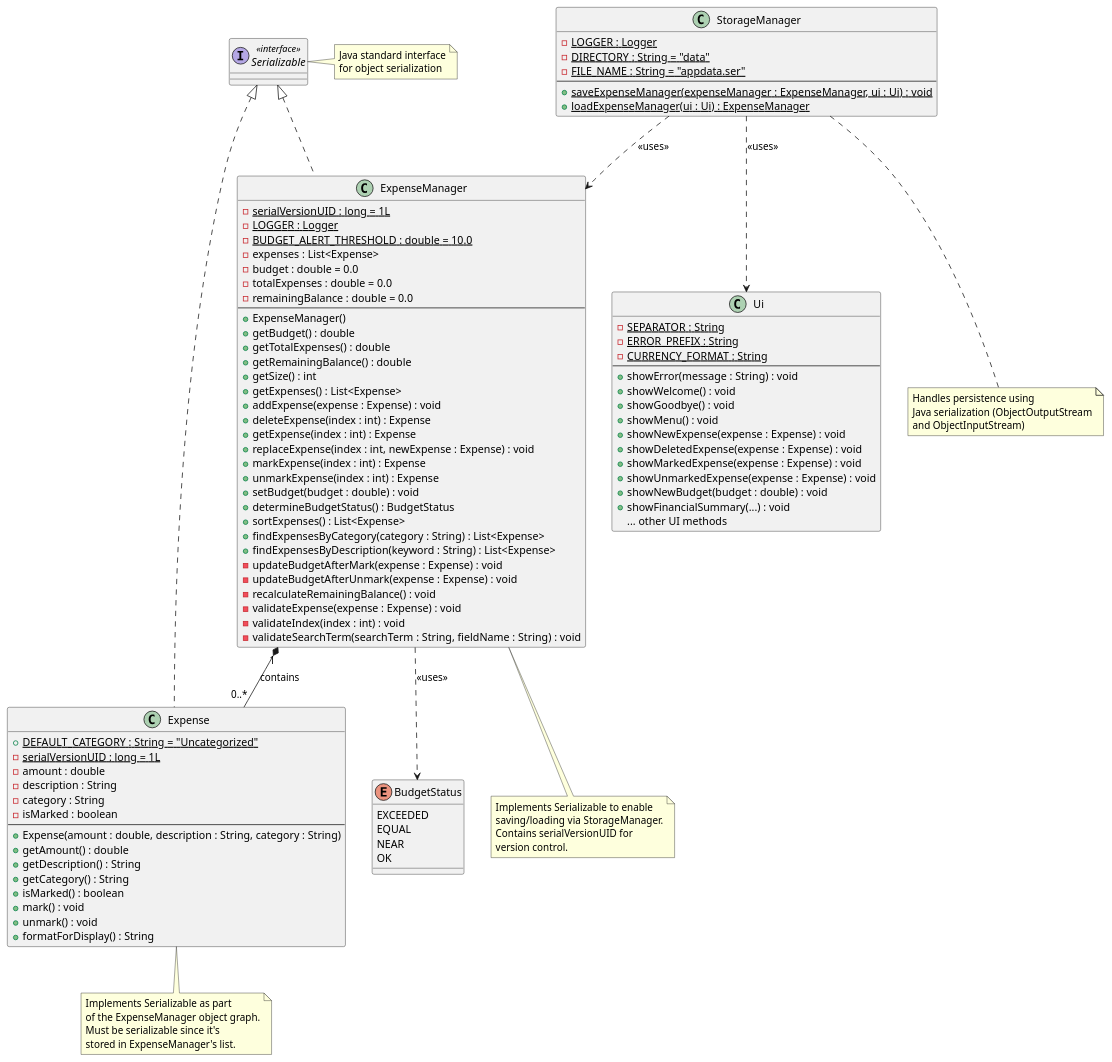
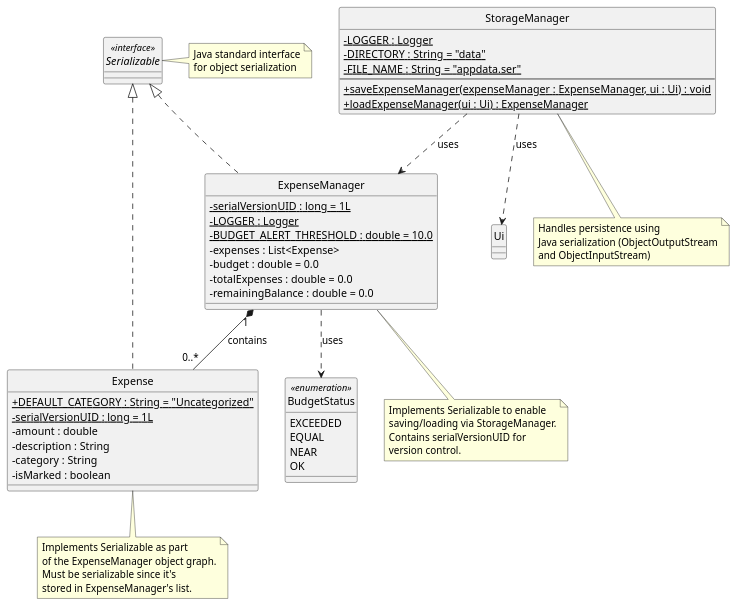
The diagram in docs/diagrams/storage-component-class.puml (aydrienlaw/tp), drawn with PlantUML before and after one commit.

Commit message:
docs: simplify storage-component-class.puml

```diff
--- a/docs/diagrams/storage-component-class.puml
+++ b/docs/diagrams/storage-component-class.puml
@@ -1,122 +1,76 @@
 @startuml
+hide circle
+skinparam classAttributeIconSize 0
 
 interface Serializable <<interface>> {
 }
 
 class StorageManager {
   - {static} LOGGER : Logger
   - {static} DIRECTORY : String = "data"
   - {static} FILE_NAME : String = "appdata.ser"
   --
   + {static} saveExpenseManager(expenseManager : ExpenseManager, ui : Ui) : void
   + {static} loadExpenseManager(ui : Ui) : ExpenseManager
 }
 
 class ExpenseManager implements Serializable {
   - {static} serialVersionUID : long = 1L
   - {static} LOGGER : Logger
   - {static} BUDGET_ALERT_THRESHOLD : double = 10.0
   - expenses : List<Expense>
   - budget : double = 0.0
   - totalExpenses : double = 0.0
   - remainingBalance : double = 0.0
-  --
-  + ExpenseManager()
-  + getBudget() : double
-  + getTotalExpenses() : double
-  + getRemainingBalance() : double
-  + getSize() : int
-  + getExpenses() : List<Expense>
-  + addExpense(expense : Expense) : void
-  + deleteExpense(index : int) : Expense
-  + getExpense(index : int) : Expense
-  + replaceExpense(index : int, newExpense : Expense) : void
-  + markExpense(index : int) : Expense
-  + unmarkExpense(index : int) : Expense
-  + setBudget(budget : double) : void
-  + determineBudgetStatus() : BudgetStatus
-  + sortExpenses() : List<Expense>
-  + findExpensesByCategory(category : String) : List<Expense>
-  + findExpensesByDescription(keyword : String) : List<Expense>
-  - updateBudgetAfterMark(expense : Expense) : void
-  - updateBudgetAfterUnmark(expense : Expense) : void
-  - recalculateRemainingBalance() : void
-  - validateExpense(expense : Expense) : void
-  - validateIndex(index : int) : void
-  - validateSearchTerm(searchTerm : String, fieldName : String) : void
 }
 
 class Expense implements Serializable {
   + {static} DEFAULT_CATEGORY : String = "Uncategorized"
   - {static} serialVersionUID : long = 1L
   - amount : double
   - description : String
   - category : String
   - isMarked : boolean
-  --
-  + Expense(amount : double, description : String, category : String)
-  + getAmount() : double
-  + getDescription() : String
-  + getCategory() : String
-  + isMarked() : boolean
-  + mark() : void
-  + unmark() : void
-  + formatForDisplay() : String
 }
 
 class Ui {
-  - {static} SEPARATOR : String
-  - {static} ERROR_PREFIX : String
-  - {static} CURRENCY_FORMAT : String
-  --
-  + showError(message : String) : void
-  + showWelcome() : void
-  + showGoodbye() : void
-  + showMenu() : void
-  + showNewExpense(expense : Expense) : void
-  + showDeletedExpense(expense : Expense) : void
-  + showMarkedExpense(expense : Expense) : void
-  + showUnmarkedExpense(expense : Expense) : void
-  + showNewBudget(budget : double) : void
-  + showFinancialSummary(...) : void
-  {method} ... other UI methods
 }
 
-enum BudgetStatus {
+enum BudgetStatus <<enumeration>> {
   EXCEEDED
   EQUAL
   NEAR
   OK
 }
 
-StorageManager ..> ExpenseManager : <<uses>>
-StorageManager ..> Ui : <<uses>>
+StorageManager ..> ExpenseManager : uses
+StorageManager ..> Ui : uses
 ExpenseManager "1" *-- "0..*" Expense : contains
-ExpenseManager ..> BudgetStatus : <<uses>>
+ExpenseManager ..> BudgetStatus : uses
 
 note right of Serializable
   Java standard interface
   for object serialization
 end note
 
 note bottom of StorageManager
   Handles persistence using
   Java serialization (ObjectOutputStream
   and ObjectInputStream)
 end note
 
 note bottom of ExpenseManager
   Implements Serializable to enable
   saving/loading via StorageManager.
   Contains serialVersionUID for
   version control.
 end note
 
 note bottom of Expense
   Implements Serializable as part
   of the ExpenseManager object graph.
   Must be serializable since it's
   stored in ExpenseManager's list.
 end note
 
 @enduml
```
